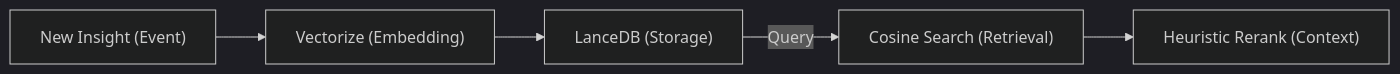
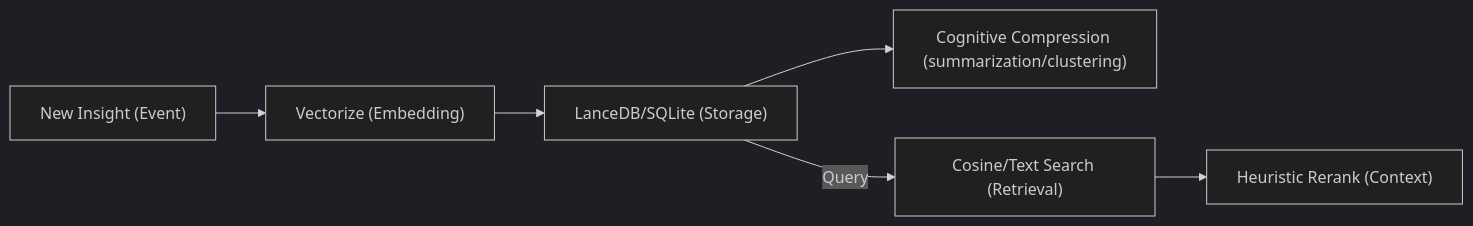
One commit to DDS-Solutions/Autonomous-Agentic-Tadpole changed the diagram in directives/LONG_TERM_MEMORY.md. Above: the diagram before and after it, drawn with Mermaid (dark theme). The commit also changed other lines of this file and 39 other files, not shown here.

````diff
--- a/directives/LONG_TERM_MEMORY.md
+++ b/directives/LONG_TERM_MEMORY.md
@@ -31,13 +32,15 @@
 ```mermaid
 graph LR
     Event["New Insight (Event)"]
     Embed["Vectorize (Embedding)"]
-    Store["LanceDB (Storage)"]
-    Search["Cosine Search (Retrieval)"]
+    Store["LanceDB/SQLite (Storage)"]
+    Compress["Cognitive Compression (summarization/clustering)"]
+    Search["Cosine/Text Search (Retrieval)"]
     Rerank["Heuristic Rerank (Context)"]
 
     Event --> Embed
     Embed --> Store
+    Store --> Compress
     Store -- "Query" --> Search
     Search --> Rerank
 ```
````
